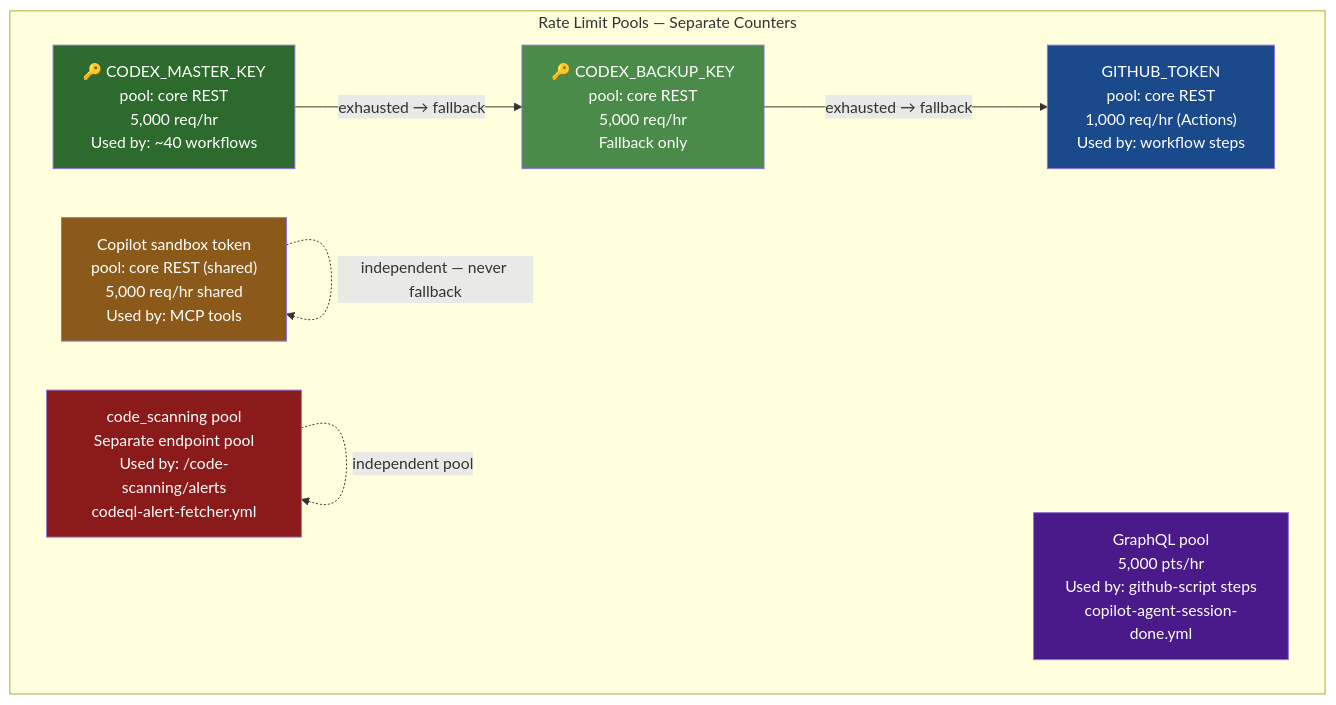
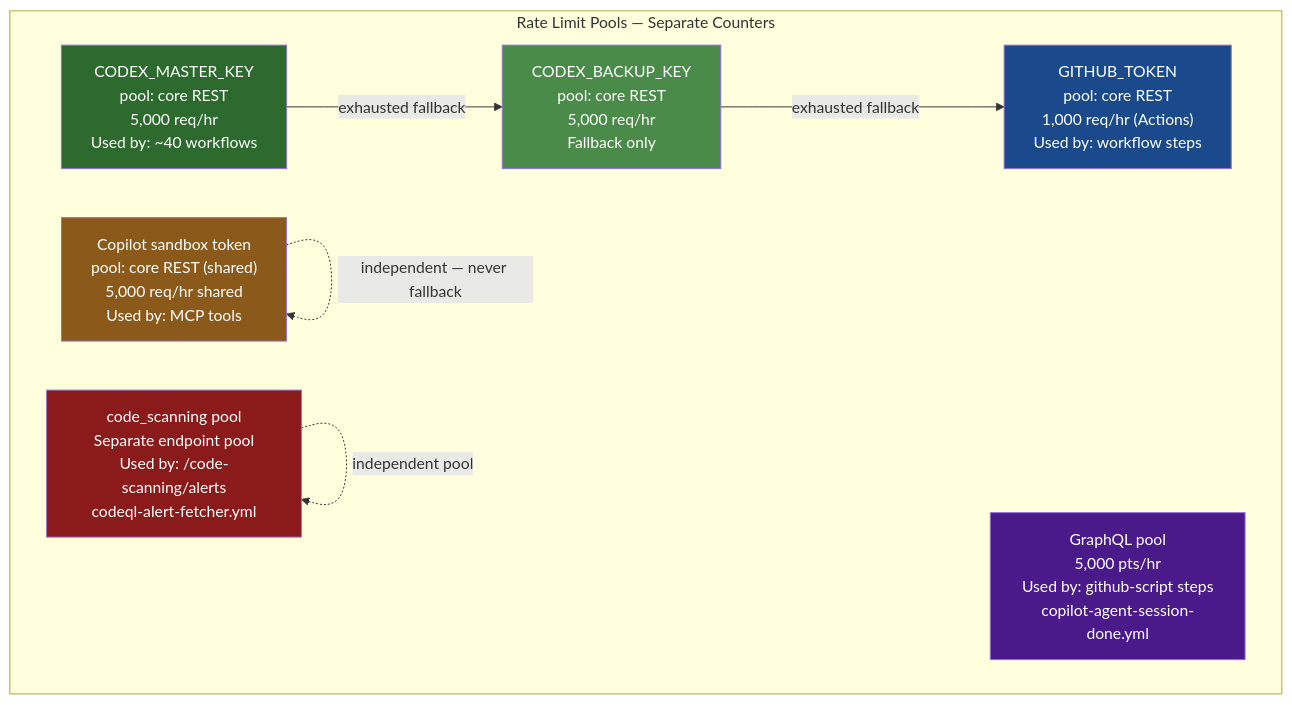
Before and after one commit to Aries-Serpent/_codex_: diagram 18 of 19 in docs/reference/ELEVATED_PRIVILEGES_TOKEN_REVIEW.md, drawn with Mermaid. The commit also changed other lines of this file and 4117 other files, not shown here.

````diff
--- a/docs/reference/ELEVATED_PRIVILEGES_TOKEN_REVIEW.md
+++ b/docs/reference/ELEVATED_PRIVILEGES_TOKEN_REVIEW.md
@@ -2192,24 +2273,26 @@
 ```mermaid
-%%{init: {'accessibility': {'title': 'Diagram showing "🔑 CODEX_MASTER_KEY\npool: core REST\n5,000 req/hr\nUsed by: ~40 workflows", "🔑 CODEX_BACKUP_KEY\npool: core REST\n5,000 req/hr\nFallback only"'}}%%
+%%{init: {'accessibility': {'title': 'Diagram showing " CODEX_MASTER_KEY\npool: core REST\n5,000 req/hr\nUsed by: ~40 workflows", " CODEX_BACKUP_KEY\npool: core REST\n5,000 req/hr\nFallback only"'}}%%
+
 graph TB
-    subgraph "Rate Limit Pools — Separate Counters"
-        P1["🔑 CODEX_MASTER_KEY\npool: core REST\n5,000 req/hr\nUsed by: ~40 workflows"]
-        P2["🔑 CODEX_BACKUP_KEY\npool: core REST\n5,000 req/hr\nFallback only"]
-        P3[" Copilot sandbox token\npool: core REST (shared)\n5,000 req/hr shared\nUsed by: MCP tools"]
-        P4[" GITHUB_TOKEN\npool: core REST\n1,000 req/hr (Actions)\nUsed by: workflow steps"]
-        P5[" code_scanning pool\nSeparate endpoint pool\nUsed by: /code-scanning/alerts\ncodeql-alert-fetcher.yml"]
-        P6[" GraphQL pool\n5,000 pts/hr\nUsed by: github-script steps\ncopilot-agent-session-done.yml"]
-    end
+ subgraph "Rate Limit Pools — Separate Counters"
+ P1[" CODEX_MASTER_KEY\npool: core REST\n5,000 req/hr\nUsed by: ~40 workflows"]
+ P2[" CODEX_BACKUP_KEY\npool: core REST\n5,000 req/hr\nFallback only"]
+ P3[" Copilot sandbox token\npool: core REST (shared)\n5,000 req/hr shared\nUsed by: MCP tools"]
+ P4[" GITHUB_TOKEN\npool: core REST\n1,000 req/hr (Actions)\nUsed by: workflow steps"]
+ P5[" code_scanning pool\nSeparate endpoint pool\nUsed by: /code-scanning/alerts\ncodeql-alert-fetcher.yml"]
+ P6[" GraphQL pool\n5,000 pts/hr\nUsed by: github-script steps\ncopilot-agent-session-done.yml"]
+ end
 
-    P1 -->|"exhausted → fallback"| P2
-    P2 -->|"exhausted → fallback"| P4
-    P3 -.->|"independent — never fallback"| P3
-    P5 -.->|"independent pool"| P5
+ P1 -->|"exhausted fallback"| P2
 
-    style P1 fill:#2d6a2d,color:#fff
-    style P2 fill:#4a8b4a,color:#fff
-    style P3 fill:#8b5a1a,color:#fff
-    style P4 fill:#1a4a8b,color:#fff
-    style P5 fill:#8b1a1a,color:#fff
-    style P6 fill:#4a1a8b,color:#fff
+ P2 -->|"exhausted fallback"| P4
+ P3 -.->|"independent — never fallback"| P3
+ P5 -.->|"independent pool"| P5
+
+ style P1 fill:#2d6a2d,color:#fff
+ style P2 fill:#4a8b4a,color:#fff
+ style P3 fill:#8b5a1a,color:#fff
+ style P4 fill:#1a4a8b,color:#fff
+ style P5 fill:#8b1a1a,color:#fff
+ style P6 fill:#4a1a8b,color:#fff
 ```
````
